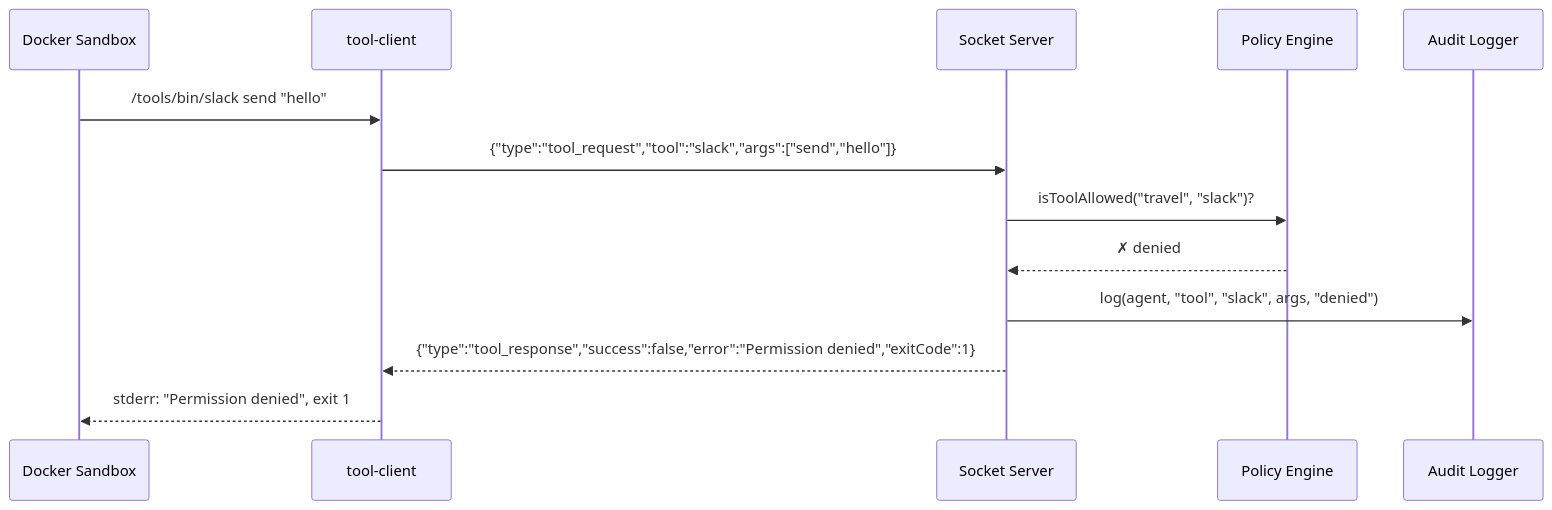
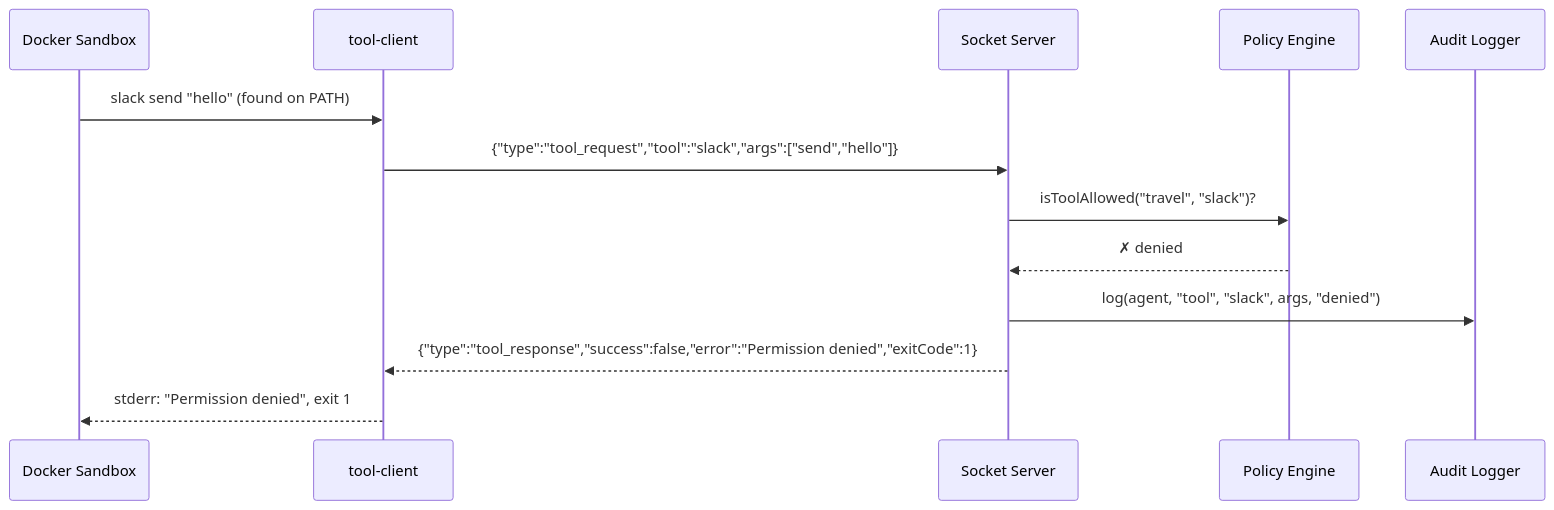
The fifth of 11 diagrams in docs/gateway/request-flows.mdx (matthias-hausberger/beige), drawn with Mermaid before and after one commit. The commit also changed other lines of this file and 63 other files, not shown here.

First line of the commit message:
refactor!: plugin architecture

````diff
--- a/docs/gateway/request-flows.mdx
+++ b/docs/gateway/request-flows.mdx
@@ -147,19 +147,19 @@
 ```mermaid
 sequenceDiagram
     participant SB as Docker Sandbox
     participant TC as tool-client
     participant SS as Socket Server
     participant PE as Policy Engine
     participant AL as Audit Logger
 
-    SB->>TC: /tools/bin/slack send "hello"
+    SB->>TC: slack send "hello" (found on PATH)
     TC->>SS: {"type":"tool_request","tool":"slack","args":["send","hello"]}
 
     SS->>PE: isToolAllowed("travel", "slack")?
     PE-->>SS: ✗ denied
 
     SS->>AL: log(agent, "tool", "slack", args, "denied")
 
     SS-->>TC: {"type":"tool_response","success":false,"error":"Permission denied","exitCode":1}
     TC-->>SB: stderr: "Permission denied", exit 1
 ```
````
